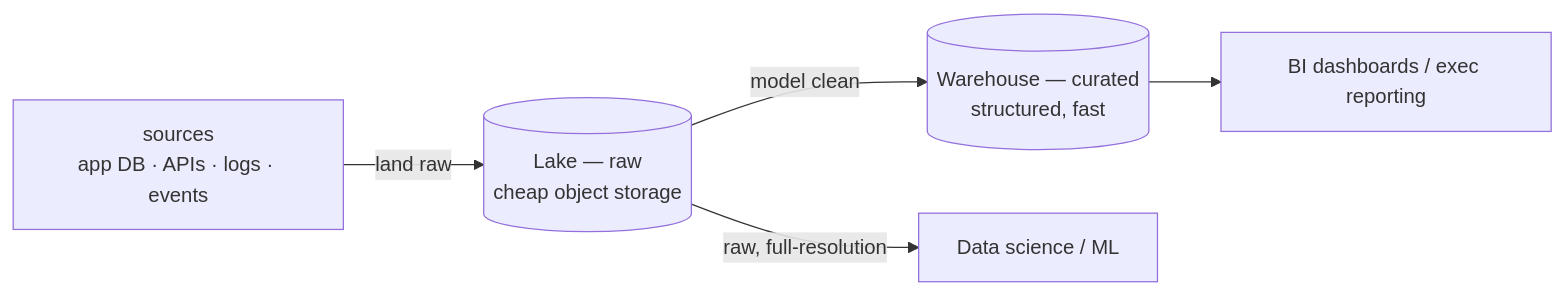
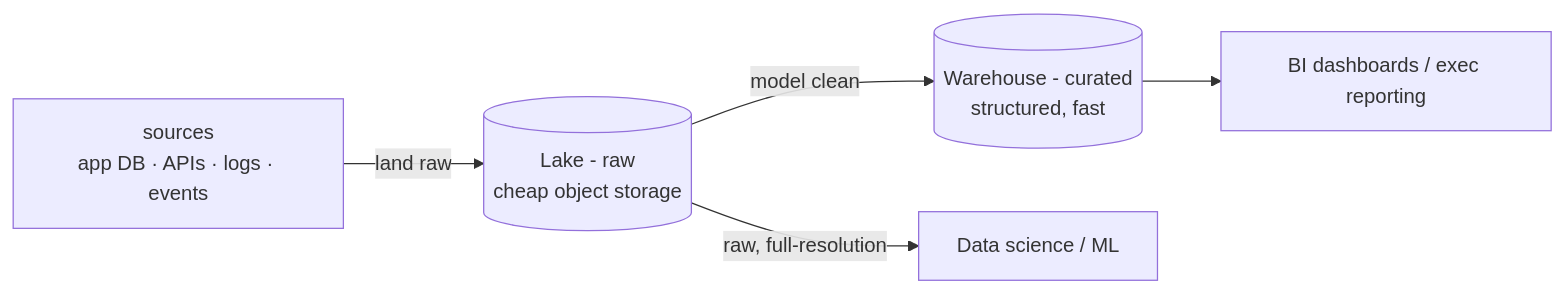
Before and after one commit to Topurrra/themissingmanual: the diagram in guides/data-analytics/warehouses-vs-lakes/03-choosing-and-combining.md, drawn with Mermaid. The commit also changed other lines of this file and 1009 other files, not shown here.

````diff
--- a/guides/data-analytics/warehouses-vs-lakes/03-choosing-and-combining.md
+++ b/guides/data-analytics/warehouses-vs-lakes/03-choosing-and-combining.md
@@ -45,7 +45,7 @@
 ```mermaid
 flowchart LR
-  src[sources<br/>app DB · APIs · logs · events] -->|land raw| lake[(Lake — raw<br/>cheap object storage)]
-  lake -->|model clean| wh[(Warehouse — curated<br/>structured, fast)]
+  src[sources<br/>app DB · APIs · logs · events] -->|land raw| lake[(Lake - raw<br/>cheap object storage)]
+  lake -->|model clean| wh[(Warehouse - curated<br/>structured, fast)]
   wh --> bi[BI dashboards / exec reporting]
   lake -->|raw, full-resolution| ml[Data science / ML]
 ```
````
